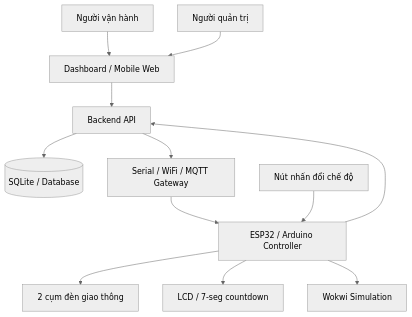
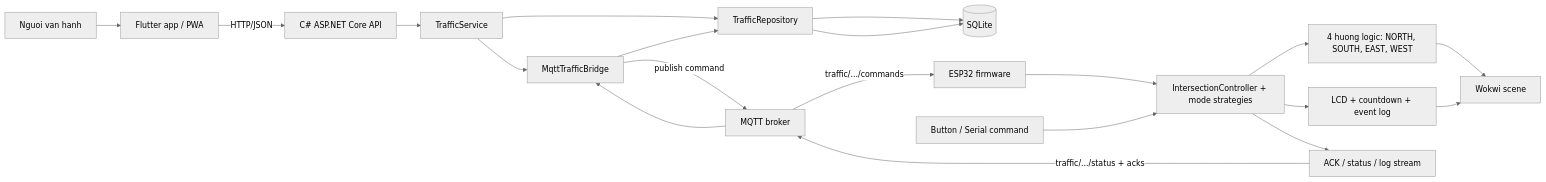
One commit to xuanhai0913/iot-traffic-light-wokwi changed the diagram in assets/diagrams/architecture.mmd. Above: the diagram before and after it, drawn with Mermaid (neutral theme). The commit also changed 51 other files, not shown here.

Commit message:
docs: sync diagrams and add flutter ios target

```diff
--- a/assets/diagrams/architecture.mmd
+++ b/assets/diagrams/architecture.mmd
@@ -1,24 +1,36 @@
-flowchart TD
-    Operator["Người vận hành"]
-    Admin["Người quản trị"]
-    Dashboard["Dashboard / Mobile Web"]
-    Backend["Backend API"]
-    Database[("SQLite / Database")]
-    Gateway["Serial / WiFi / MQTT Gateway"]
-    Controller["ESP32 / Arduino Controller"]
-    Wokwi["Wokwi Simulation"]
-    Lights["2 cụm đèn giao thông"]
-    Display["LCD / 7-seg countdown"]
-    Buttons["Nút nhấn đổi chế độ"]
+flowchart LR
+    Operator["Nguoi van hanh"]
+    Mobile["Flutter app / PWA"]
+    Api["C# ASP.NET Core API"]
+    Service["TrafficService"]
+    Repo["TrafficRepository"]
+    Db[("SQLite")]
+    Bridge["MqttTrafficBridge"]
+    Broker["MQTT broker"]
+    Device["ESP32 firmware"]
+    Controller["IntersectionController + mode strategies"]
+    Inputs["Button / Serial command"]
+    Scene["Wokwi scene"]
+    Signals["4 huong logic: NORTH, SOUTH, EAST, WEST"]
+    Display["LCD + countdown + event log"]
+    Ack["ACK / status / log stream"]
 
-    Operator --> Dashboard
-    Admin --> Dashboard
-    Dashboard --> Backend
-    Backend --> Database
-    Backend --> Gateway
-    Gateway --> Controller
-    Buttons --> Controller
-    Controller --> Lights
+    Operator --> Mobile
+    Mobile -->|"HTTP/JSON"| Api
+    Api --> Service
+    Service --> Repo
+    Repo --> Db
+    Service --> Bridge
+    Bridge -->|"publish command"| Broker
+    Broker -->|"traffic/.../commands"| Device
+    Device --> Controller
+    Inputs --> Controller
+    Controller --> Signals
     Controller --> Display
-    Controller --> Wokwi
-    Controller --> Backend
+    Signals --> Scene
+    Display --> Scene
+    Controller --> Ack
+    Ack -->|"traffic/.../status + acks"| Broker
+    Broker --> Bridge
+    Bridge --> Repo
+    Repo --> Db
```
